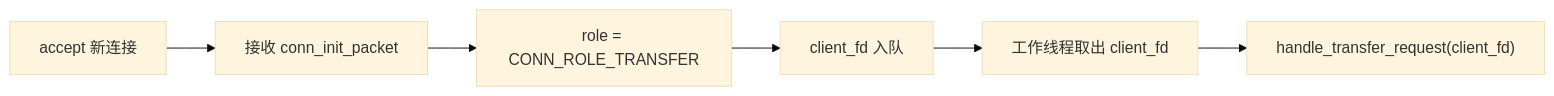
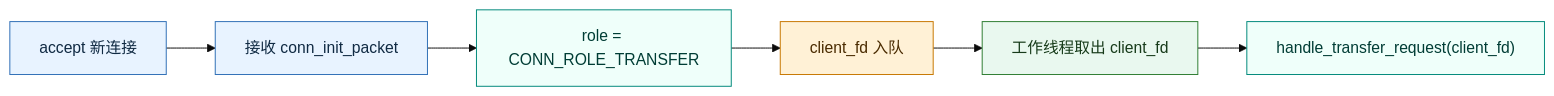
One commit to panlong-studio/WindCloud_V4 changed the fourth of 10 diagrams in docs/V5整体项目架构详解.md. Above: the diagram before and after it, drawn with Mermaid (base theme). The commit also changed other lines of this file and 5 other files, not shown here.

````diff
--- a/docs/V5整体项目架构详解.md
+++ b/docs/V5整体项目架构详解.md
@@ -349,8 +385,18 @@
 ```mermaid
 flowchart LR
     A["accept 新连接"] --> B["接收 conn_init_packet"]
     B --> C["role = CONN_ROLE_TRANSFER"]
     C --> D["client_fd 入队"]
     D --> E["工作线程取出 client_fd"]
     E --> F["handle_transfer_request(client_fd)"]
+
+    classDef accept fill:#E8F3FF,stroke:#2F6FB6,color:#102A43
+    classDef transfer fill:#EFFFFA,stroke:#00897B,color:#003D35
+    classDef queue fill:#FFF1D6,stroke:#C77700,color:#4A2B00
+    classDef worker fill:#E9F8EF,stroke:#2E7D32,color:#173B1A
+
+    class A,B accept
+    class C,F transfer
+    class D queue
+    class E worker
 ```
````
